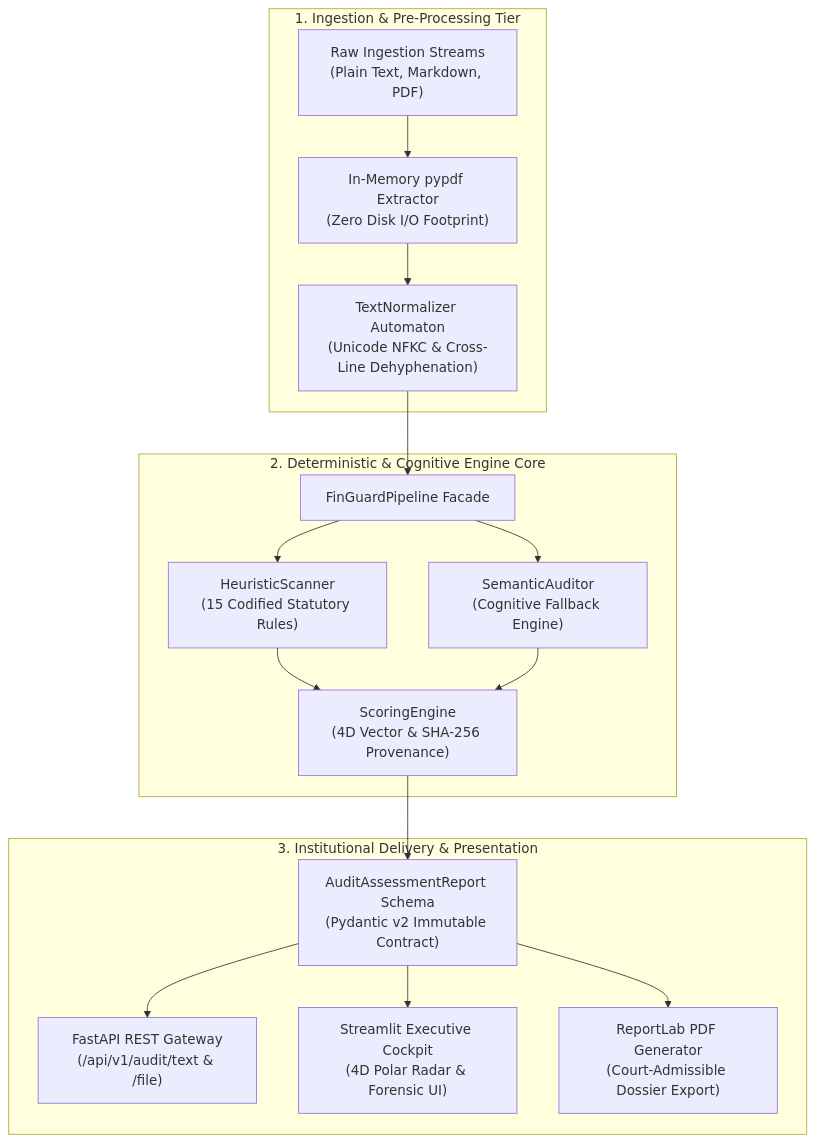
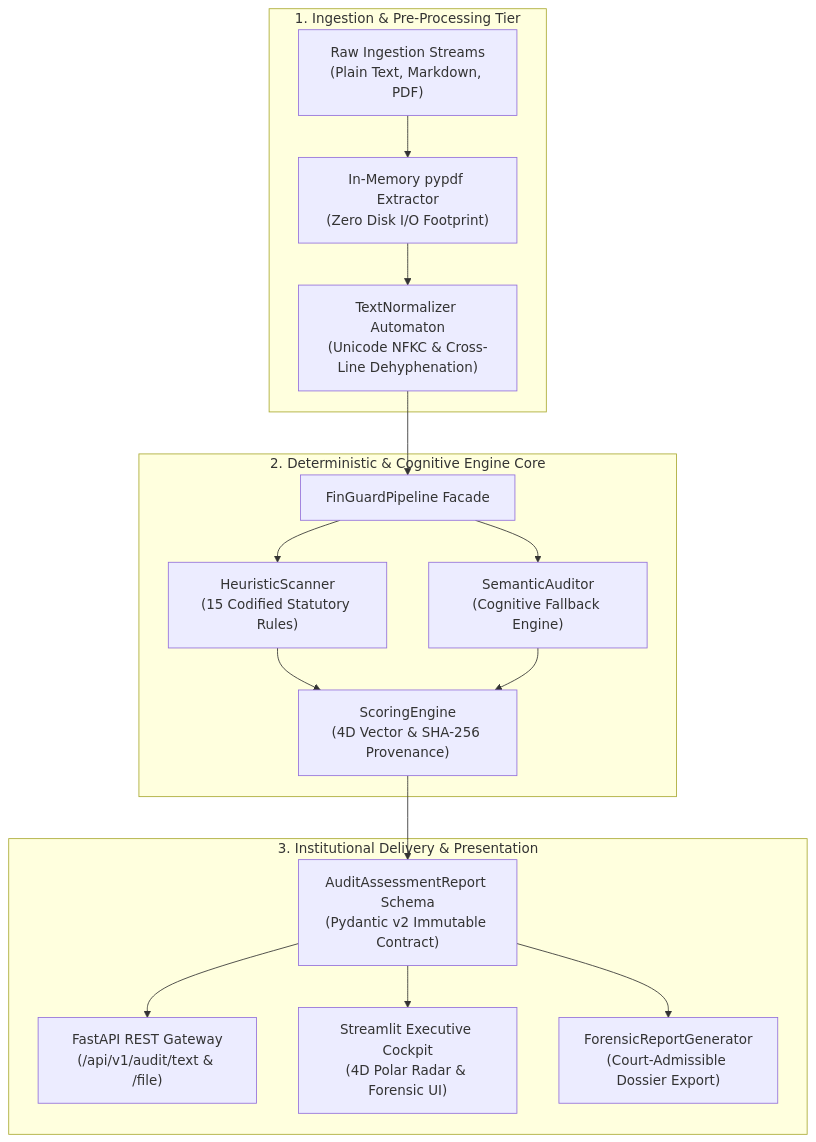
Before and after one commit to nnn14092004-cyber/finguard-ai: the second of 2 diagrams in README.md, drawn with Mermaid. The commit also changed other lines of this file and 1 other file, not shown here.

Commit message:
docs(positioning): align architecture narrative to high-performance regulatory audit and clean architecture

````diff
--- a/README.md
+++ b/README.md
@@ -116,30 +115,30 @@
 ```mermaid
 flowchart TD
     subgraph Ingestion_Tier [1. Ingestion & Pre-Processing Tier]
         RAW["Raw Ingestion Streams<br/>(Plain Text, Markdown, PDF)"]
         PYPDF["In-Memory pypdf Extractor<br/>(Zero Disk I/O Footprint)"]
         NORM["TextNormalizer Automaton<br/>(Unicode NFKC & Cross-Line Dehyphenation)"]
         RAW --> PYPDF --> NORM
     end
 
     subgraph Inspection_Core [2. Deterministic & Cognitive Engine Core]
         PIPE["FinGuardPipeline Facade"]
         HEUR["HeuristicScanner<br/>(15 Codified Statutory Rules)"]
         SEM["SemanticAuditor<br/>(Cognitive Fallback Engine)"]
         SCORE["ScoringEngine<br/>(4D Vector & SHA-256 Provenance)"]
         
         NORM --> PIPE
         PIPE --> HEUR & SEM
         HEUR & SEM --> SCORE
     end
 
     subgraph Delivery_Tier [3. Institutional Delivery & Presentation]
         REP["AuditAssessmentReport Schema<br/>(Pydantic v2 Immutable Contract)"]
         API["FastAPI REST Gateway<br/>(/api/v1/audit/text & /file)"]
         UI["Streamlit Executive Cockpit<br/>(4D Polar Radar & Forensic UI)"]
-        PDF["ReportLab PDF Generator<br/>(Court-Admissible Dossier Export)"]
+        PDF["ForensicReportGenerator<br/>(Court-Admissible Dossier Export)"]
         
         SCORE --> REP
         REP --> API & UI & PDF
     end
 ```
````
